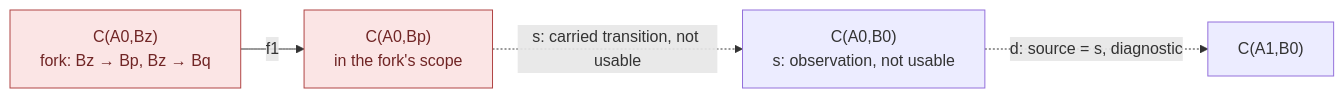
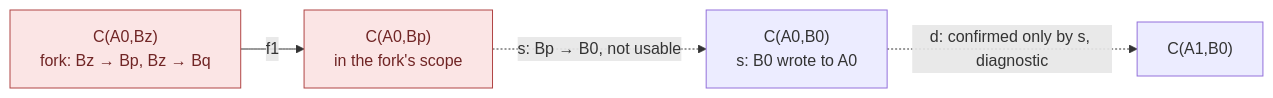
Before and after one commit to estoc-dev/estoc: the tenth of 18 diagrams in packages/continuity/docs/guide.md, drawn with Mermaid. The commit also changed other lines of this file and 32 other files, not shown here.

````diff
--- a/packages/continuity/docs/guide.md
+++ b/packages/continuity/docs/guide.md
@@ -328,8 +326,8 @@
 ```mermaid
 flowchart LR
     Z["C(A0,Bz)<br/>fork: Bz → Bp, Bz → Bq"] -->|"f1"| P["C(A0,Bp)<br/>in the fork's scope"]
-    P -. "s: carried transition, not usable" .-> C00["C(A0,B0)<br/>s: observation, not usable"]
-    C00 -. "d: source = s, diagnostic" .-> C10["C(A1,B0)"]
+    P -. "s: Bp → B0, not usable" .-> C00["C(A0,B0)<br/>s: B0 wrote to A0"]
+    C00 -. "d: confirmed only by s, diagnostic" .-> C10["C(A1,B0)"]
     classDef conflict fill:#fbe5e5,stroke:#b04444,color:#702525
     class Z,P conflict
 ```
````
